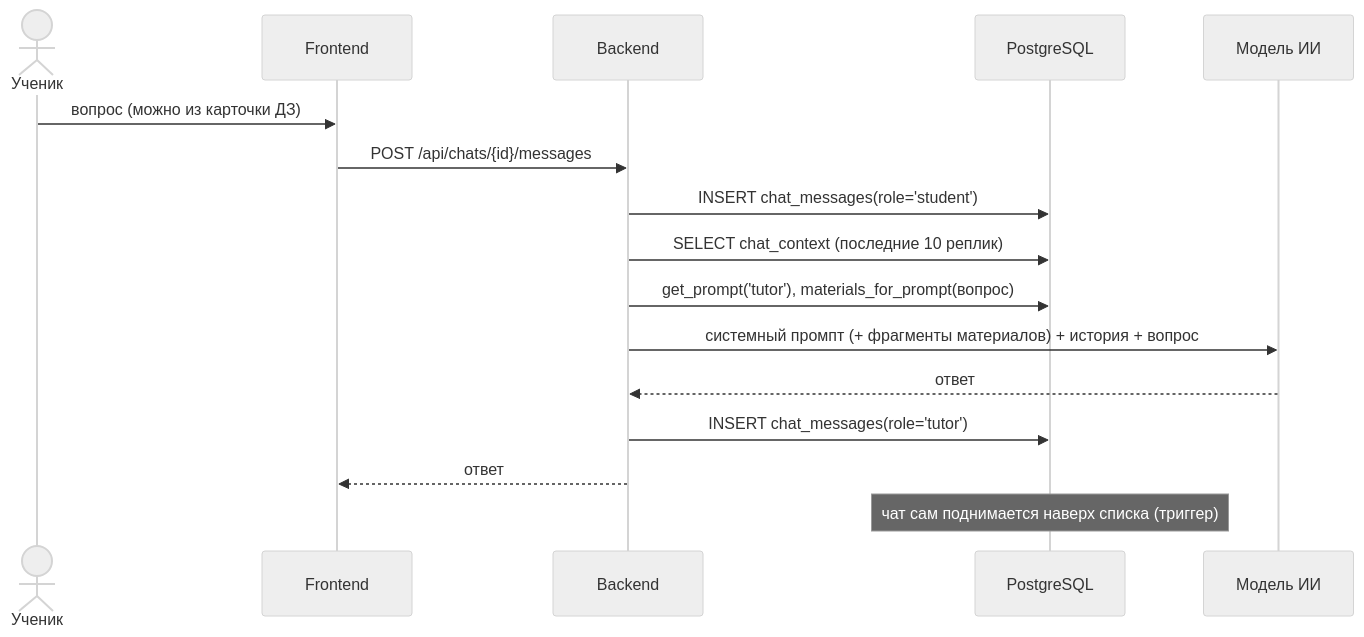
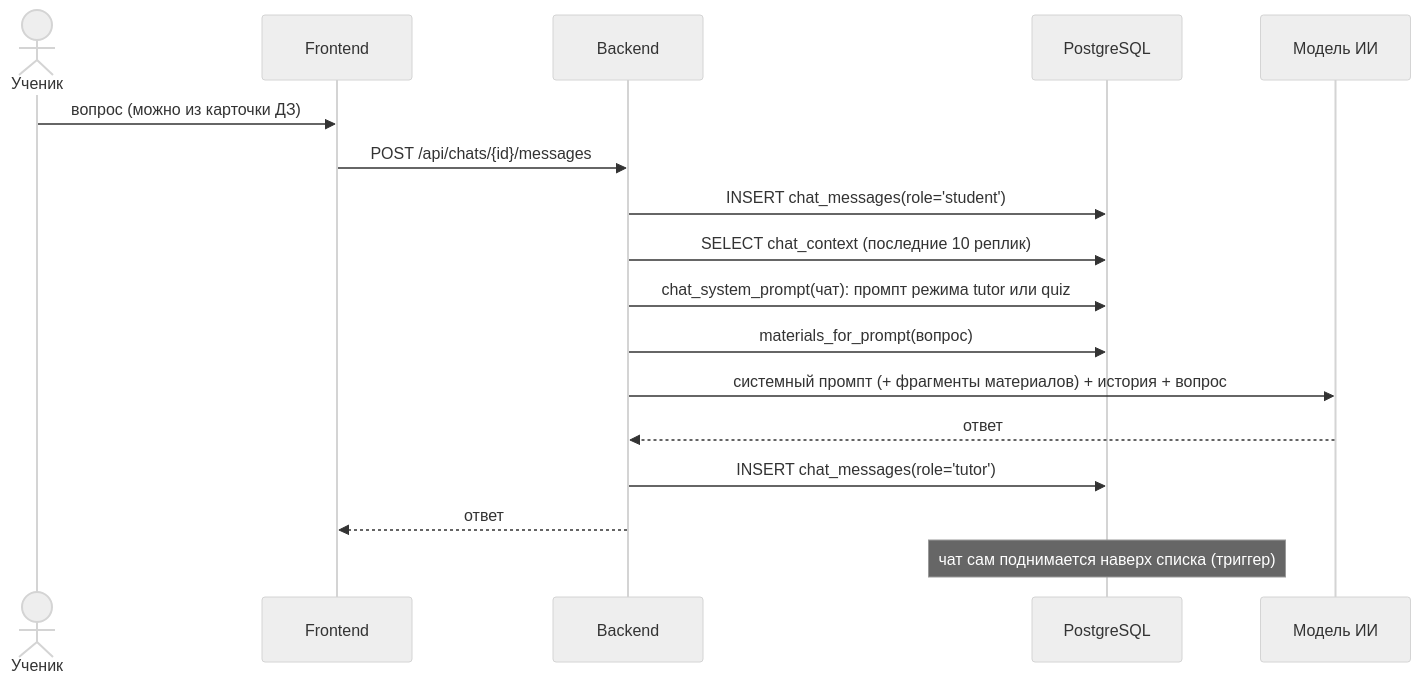
The fifth of 8 diagrams in docs/ARCHITECTURE.md (two-bits1/LekseRadar), drawn with Mermaid (neutral theme) before and after one commit. The commit also changed other lines of this file and 1 other file, not shown here.

Commit message:
docs: два вида чата и их промпты в README и ARCHITECTURE
Claude-Session: https://claude.ai/code/session_01S8vj6L9zuodnirizH8bm8x

````diff
--- a/docs/ARCHITECTURE.md
+++ b/docs/ARCHITECTURE.md
@@ -122,18 +122,19 @@
 ```mermaid
 sequenceDiagram
     actor U as Ученик
     participant F as Frontend
     participant B as Backend
     participant D as PostgreSQL
     participant L as Модель ИИ
     U->>F: вопрос (можно из карточки ДЗ)
     F->>B: POST /api/chats/{id}/messages
     B->>D: INSERT chat_messages(role='student')
     B->>D: SELECT chat_context (последние 10 реплик)
-    B->>D: get_prompt('tutor'), materials_for_prompt(вопрос)
+    B->>D: chat_system_prompt(чат): промпт режима tutor или quiz
+    B->>D: materials_for_prompt(вопрос)
     B->>L: системный промпт (+ фрагменты материалов) + история + вопрос
     L-->>B: ответ
     B->>D: INSERT chat_messages(role='tutor')
     B-->>F: ответ
     Note over D: чат сам поднимается наверх списка (триггер)
 ```
````
